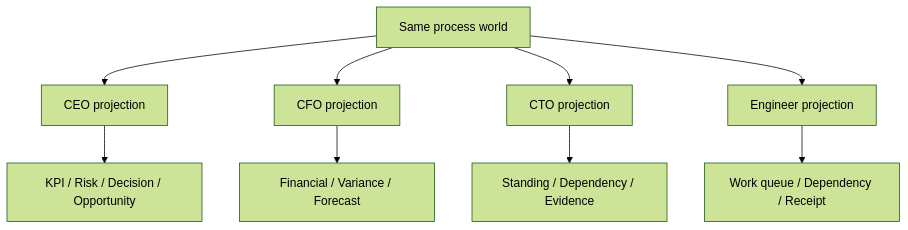
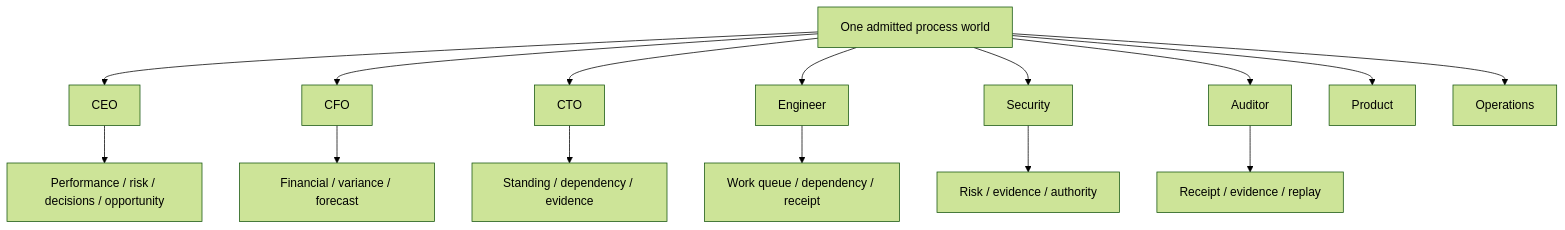
Before and after one commit to seanchatmangpt/wasm4pm: the second of 4 diagrams in docs/deterministic-dynamic-ui.md, drawn with Mermaid (forest theme). The commit also changed other lines of this file, not shown here.

````diff
--- a/docs/deterministic-dynamic-ui.md
+++ b/docs/deterministic-dynamic-ui.md
@@ -49,11 +63,17 @@
 ```mermaid
 flowchart TB
-  G[Same process world] --> CEO[CEO projection]
-  G --> CFO[CFO projection]
-  G --> CTO[CTO projection]
-  G --> ENG[Engineer projection]
-  CEO --> KPI[KPI / Risk / Decision / Opportunity]
-  CFO --> FIN[Financial / Variance / Forecast]
-  CTO --> TECH[Standing / Dependency / Evidence]
-  ENG --> WORK[Work queue / Dependency / Receipt]
+  G[One admitted process world] --> CEO[CEO]
+  G --> CFO[CFO]
+  G --> CTO[CTO]
+  G --> ENG[Engineer]
+  G --> SEC[Security]
+  G --> AUD[Auditor]
+  G --> PROD[Product]
+  G --> OPS[Operations]
+  CEO --> Exec[Performance / risk / decisions / opportunity]
+  CFO --> Fin[Financial / variance / forecast]
+  CTO --> Tech[Standing / dependency / evidence]
+  ENG --> Work[Work queue / dependency / receipt]
+  SEC --> Security[Risk / evidence / authority]
+  AUD --> Audit[Receipt / evidence / replay]
 ```
````
